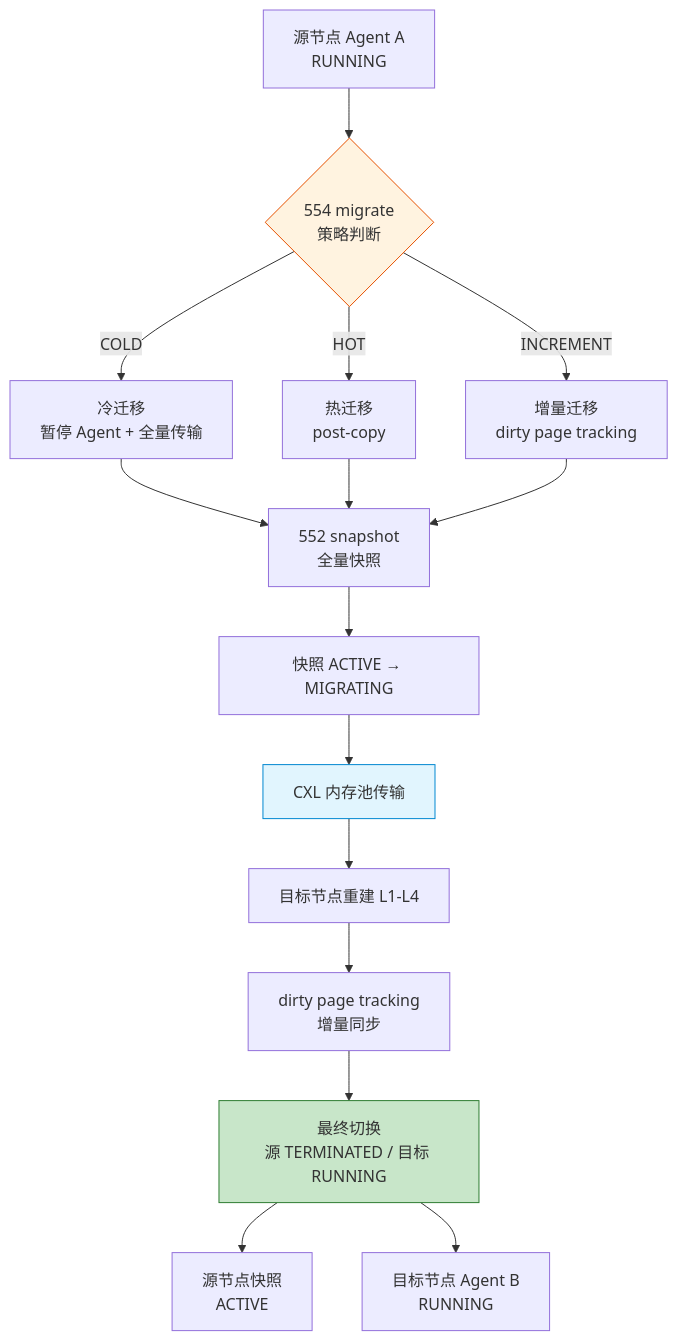
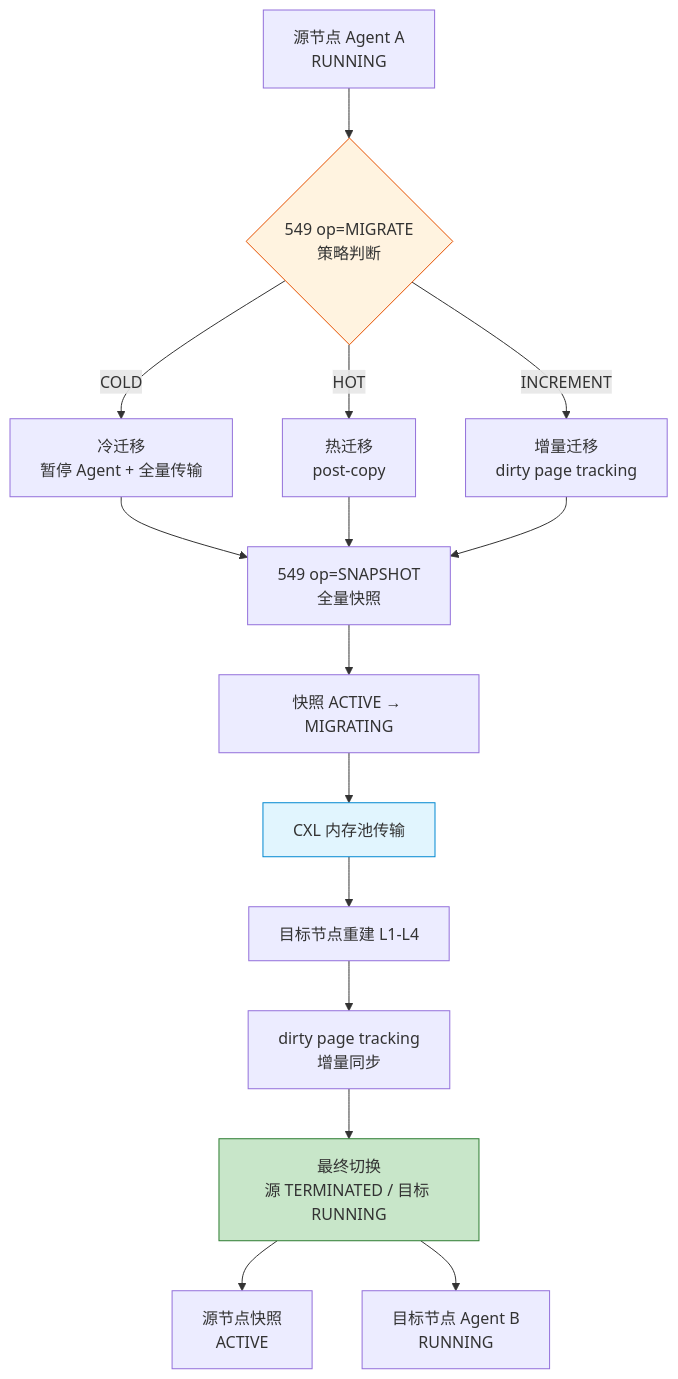
One commit to SpharxTeam/Docs changed the fourth of 6 diagrams in AirymaxOS/140-application-development/05-memory-rovol-api.md. Above: the diagram before and after it, drawn with Mermaid. The commit also changed other lines of this file and 50 other files, not shown here.

````diff
--- a/AirymaxOS/140-application-development/05-memory-rovol-api.md
+++ b/AirymaxOS/140-application-development/05-memory-rovol-api.md
@@ -648,24 +710,24 @@
 ```mermaid
 flowchart TD
-    A[源节点 Agent A<br/>RUNNING] --> B{554 migrate<br/>策略判断}
+    A[源节点 Agent A<br/>RUNNING] --> B{549 op=MIGRATE<br/>策略判断}
     B -->|COLD| C[冷迁移<br/>暂停 Agent + 全量传输]
     B -->|HOT| D[热迁移<br/>post-copy]
     B -->|INCREMENT| E[增量迁移<br/>dirty page tracking]
 
-    C --> F[552 snapshot<br/>全量快照]
+    C --> F[549 op=SNAPSHOT<br/>全量快照]
     D --> F
     E --> F
 
     F --> G[快照 ACTIVE → MIGRATING]
     G --> H[CXL 内存池传输]
     H --> I[目标节点重建 L1-L4]
     I --> J[dirty page tracking<br/>增量同步]
     J --> K[最终切换<br/>源 TERMINATED / 目标 RUNNING]
 
     K --> L[源节点快照<br/>ACTIVE]
     K --> M[目标节点 Agent B<br/>RUNNING]
 
     style B fill:#fff3e0,stroke:#e65100
     style H fill:#e1f5fe,stroke:#0288d1
     style K fill:#c8e6c9,stroke:#2e7d32
 ```
````
